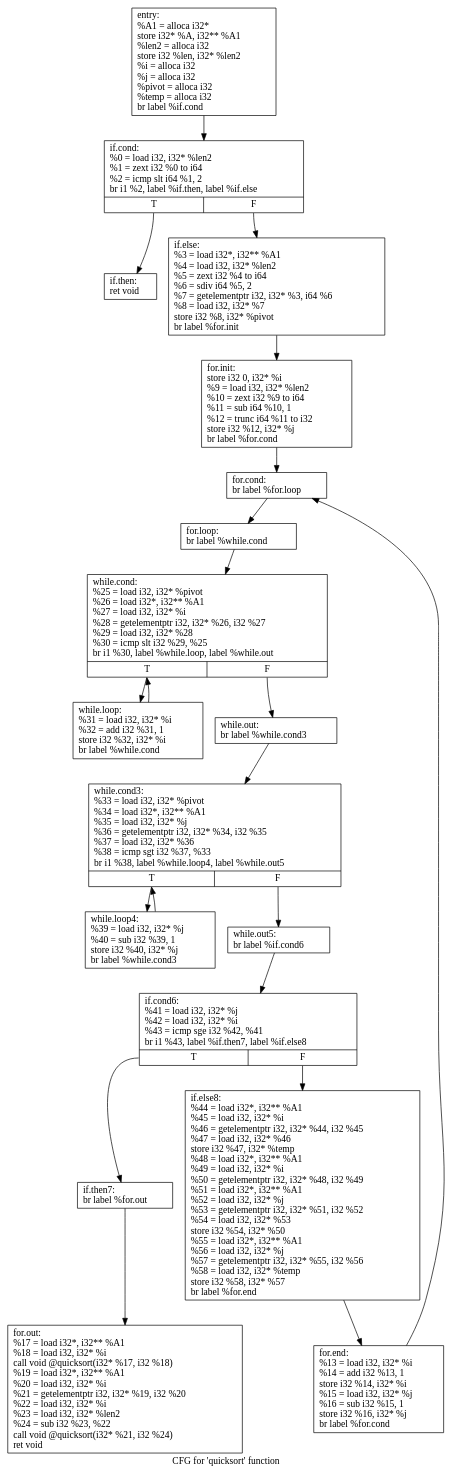
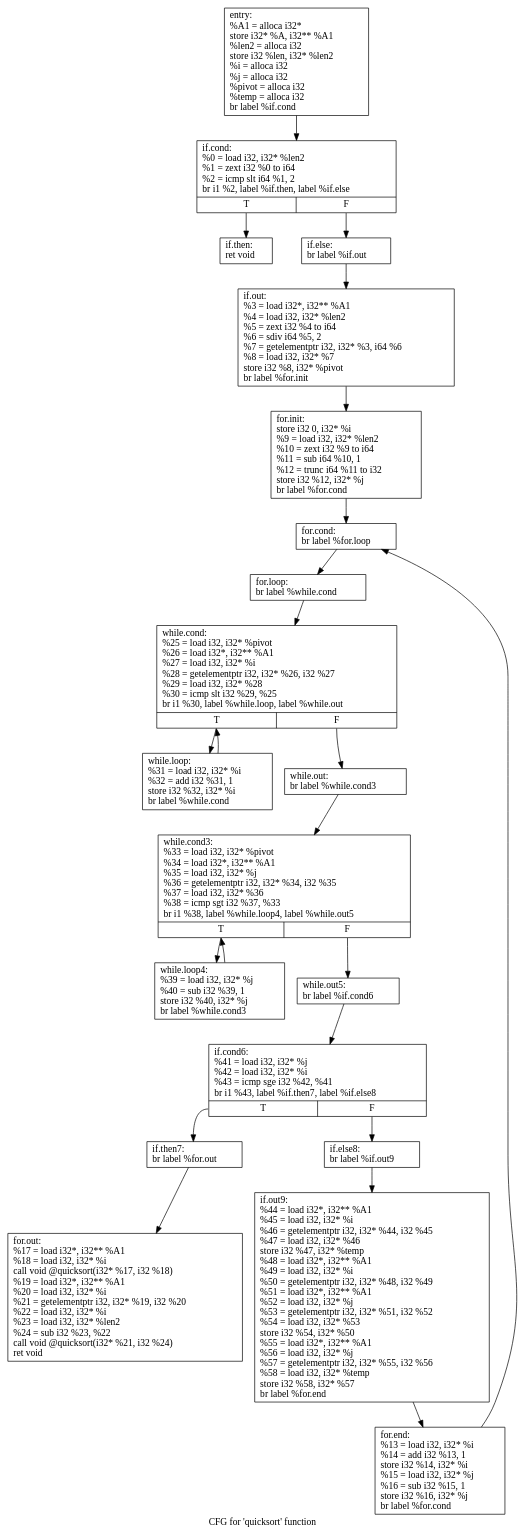
One commit to Esifiel/compiler changed the diagram in src/tmp/.quicksort.dot. Above: the diagram before and after it, drawn with Graphviz. The commit also changed 25 other files, not shown here.

```diff
--- a/src/tmp/.quicksort.dot
+++ b/src/tmp/.quicksort.dot
@@ -1,42 +1,46 @@
 digraph "CFG for 'quicksort' function" {
 	label="CFG for 'quicksort' function";
 
-	Node0x105c1e0 [shape=record,label="{entry:\l  %A1 = alloca i32*\l  store i32* %A, i32** %A1\l  %len2 = alloca i32\l  store i32 %len, i32* %len2\l  %i = alloca i32\l  %j = alloca i32\l  %pivot = alloca i32\l  %temp = alloca i32\l  br label %if.cond\l}"];
-	Node0x105c1e0 -> Node0x105cc70;
-	Node0x105cc70 [shape=record,label="{if.cond:                                          \l  %0 = load i32, i32* %len2\l  %1 = zext i32 %0 to i64\l  %2 = icmp slt i64 %1, 2\l  br i1 %2, label %if.then, label %if.else\l|{<s0>T|<s1>F}}"];
-	Node0x105cc70:s0 -> Node0x105cf10;
-	Node0x105cc70:s1 -> Node0x105cfc0;
-	Node0x105cf10 [shape=record,label="{if.then:                                          \l  ret void\l}"];
-	Node0x105cfc0 [shape=record,label="{if.else:                                          \l  %3 = load i32*, i32** %A1\l  %4 = load i32, i32* %len2\l  %5 = zext i32 %4 to i64\l  %6 = sdiv i64 %5, 2\l  %7 = getelementptr i32, i32* %3, i64 %6\l  %8 = load i32, i32* %7\l  store i32 %8, i32* %pivot\l  br label %for.init\l}"];
-	Node0x105cfc0 -> Node0x105d0b0;
-	Node0x105d0b0 [shape=record,label="{for.init:                                         \l  store i32 0, i32* %i\l  %9 = load i32, i32* %len2\l  %10 = zext i32 %9 to i64\l  %11 = sub i64 %10, 1\l  %12 = trunc i64 %11 to i32\l  store i32 %12, i32* %j\l  br label %for.cond\l}"];
-	Node0x105d0b0 -> Node0x105d820;
-	Node0x105d820 [shape=record,label="{for.cond:                                         \l  br label %for.loop\l}"];
-	Node0x105d820 -> Node0x105d960;
-	Node0x105d960 [shape=record,label="{for.loop:                                         \l  br label %while.cond\l}"];
-	Node0x105d960 -> Node0x105da40;
-	Node0x105db20 [shape=record,label="{for.end:                                          \l  %13 = load i32, i32* %i\l  %14 = add i32 %13, 1\l  store i32 %14, i32* %i\l  %15 = load i32, i32* %j\l  %16 = sub i32 %15, 1\l  store i32 %16, i32* %j\l  br label %for.cond\l}"];
-	Node0x105db20 -> Node0x105d820;
-	Node0x105de90 [shape=record,label="{for.out:                                          \l  %17 = load i32*, i32** %A1\l  %18 = load i32, i32* %i\l  call void @quicksort(i32* %17, i32 %18)\l  %19 = load i32*, i32** %A1\l  %20 = load i32, i32* %i\l  %21 = getelementptr i32, i32* %19, i32 %20\l  %22 = load i32, i32* %i\l  %23 = load i32, i32* %len2\l  %24 = sub i32 %23, %22\l  call void @quicksort(i32* %21, i32 %24)\l  ret void\l}"];
-	Node0x105da40 [shape=record,label="{while.cond:                                       \l  %25 = load i32, i32* %pivot\l  %26 = load i32*, i32** %A1\l  %27 = load i32, i32* %i\l  %28 = getelementptr i32, i32* %26, i32 %27\l  %29 = load i32, i32* %28\l  %30 = icmp slt i32 %29, %25\l  br i1 %30, label %while.loop, label %while.out\l|{<s0>T|<s1>F}}"];
-	Node0x105da40:s0 -> Node0x105e6a0;
-	Node0x105da40:s1 -> Node0x105e780;
-	Node0x105e6a0 [shape=record,label="{while.loop:                                       \l  %31 = load i32, i32* %i\l  %32 = add i32 %31, 1\l  store i32 %32, i32* %i\l  br label %while.cond\l}"];
-	Node0x105e6a0 -> Node0x105da40;
-	Node0x105e780 [shape=record,label="{while.out:                                        \l  br label %while.cond3\l}"];
-	Node0x105e780 -> Node0x105ebc0;
-	Node0x105ebc0 [shape=record,label="{while.cond3:                                      \l  %33 = load i32, i32* %pivot\l  %34 = load i32*, i32** %A1\l  %35 = load i32, i32* %j\l  %36 = getelementptr i32, i32* %34, i32 %35\l  %37 = load i32, i32* %36\l  %38 = icmp sgt i32 %37, %33\l  br i1 %38, label %while.loop4, label %while.out5\l|{<s0>T|<s1>F}}"];
-	Node0x105ebc0:s0 -> Node0x105eeb0;
-	Node0x105ebc0:s1 -> Node0x105ef90;
-	Node0x105eeb0 [shape=record,label="{while.loop4:                                      \l  %39 = load i32, i32* %j\l  %40 = sub i32 %39, 1\l  store i32 %40, i32* %j\l  br label %while.cond3\l}"];
-	Node0x105eeb0 -> Node0x105ebc0;
-	Node0x105ef90 [shape=record,label="{while.out5:                                       \l  br label %if.cond6\l}"];
-	Node0x105ef90 -> Node0x105f1c0;
-	Node0x105f1c0 [shape=record,label="{if.cond6:                                         \l  %41 = load i32, i32* %j\l  %42 = load i32, i32* %i\l  %43 = icmp sge i32 %42, %41\l  br i1 %43, label %if.then7, label %if.else8\l|{<s0>T|<s1>F}}"];
-	Node0x105f1c0:s0 -> Node0x105f370;
-	Node0x105f1c0:s1 -> Node0x105f770;
-	Node0x105f370 [shape=record,label="{if.then7:                                         \l  br label %for.out\l}"];
-	Node0x105f370 -> Node0x105de90;
-	Node0x105f770 [shape=record,label="{if.else8:                                         \l  %44 = load i32*, i32** %A1\l  %45 = load i32, i32* %i\l  %46 = getelementptr i32, i32* %44, i32 %45\l  %47 = load i32, i32* %46\l  store i32 %47, i32* %temp\l  %48 = load i32*, i32** %A1\l  %49 = load i32, i32* %i\l  %50 = getelementptr i32, i32* %48, i32 %49\l  %51 = load i32*, i32** %A1\l  %52 = load i32, i32* %j\l  %53 = getelementptr i32, i32* %51, i32 %52\l  %54 = load i32, i32* %53\l  store i32 %54, i32* %50\l  %55 = load i32*, i32** %A1\l  %56 = load i32, i32* %j\l  %57 = getelementptr i32, i32* %55, i32 %56\l  %58 = load i32, i32* %temp\l  store i32 %58, i32* %57\l  br label %for.end\l}"];
-	Node0x105f770 -> Node0x105db20;
+	Node0x11cb290 [shape=record,label="{entry:\l  %A1 = alloca i32*\l  store i32* %A, i32** %A1\l  %len2 = alloca i32\l  store i32 %len, i32* %len2\l  %i = alloca i32\l  %j = alloca i32\l  %pivot = alloca i32\l  %temp = alloca i32\l  br label %if.cond\l}"];
+	Node0x11cb290 -> Node0x11cbd20;
+	Node0x11cbd20 [shape=record,label="{if.cond:                                          \l  %0 = load i32, i32* %len2\l  %1 = zext i32 %0 to i64\l  %2 = icmp slt i64 %1, 2\l  br i1 %2, label %if.then, label %if.else\l|{<s0>T|<s1>F}}"];
+	Node0x11cbd20:s0 -> Node0x11cbfc0;
+	Node0x11cbd20:s1 -> Node0x11cc070;
+	Node0x11cbfc0 [shape=record,label="{if.then:                                          \l  ret void\l}"];
+	Node0x11cc070 [shape=record,label="{if.else:                                          \l  br label %if.out\l}"];
+	Node0x11cc070 -> Node0x11cc160;
+	Node0x11cc160 [shape=record,label="{if.out:                                           \l  %3 = load i32*, i32** %A1\l  %4 = load i32, i32* %len2\l  %5 = zext i32 %4 to i64\l  %6 = sdiv i64 %5, 2\l  %7 = getelementptr i32, i32* %3, i64 %6\l  %8 = load i32, i32* %7\l  store i32 %8, i32* %pivot\l  br label %for.init\l}"];
+	Node0x11cc160 -> Node0x11cc3d0;
+	Node0x11cc3d0 [shape=record,label="{for.init:                                         \l  store i32 0, i32* %i\l  %9 = load i32, i32* %len2\l  %10 = zext i32 %9 to i64\l  %11 = sub i64 %10, 1\l  %12 = trunc i64 %11 to i32\l  store i32 %12, i32* %j\l  br label %for.cond\l}"];
+	Node0x11cc3d0 -> Node0x11cc9a0;
+	Node0x11cc9a0 [shape=record,label="{for.cond:                                         \l  br label %for.loop\l}"];
+	Node0x11cc9a0 -> Node0x11ccae0;
+	Node0x11ccae0 [shape=record,label="{for.loop:                                         \l  br label %while.cond\l}"];
+	Node0x11ccae0 -> Node0x11ccbc0;
+	Node0x11ccca0 [shape=record,label="{for.end:                                          \l  %13 = load i32, i32* %i\l  %14 = add i32 %13, 1\l  store i32 %14, i32* %i\l  %15 = load i32, i32* %j\l  %16 = sub i32 %15, 1\l  store i32 %16, i32* %j\l  br label %for.cond\l}"];
+	Node0x11ccca0 -> Node0x11cc9a0;
+	Node0x11cd010 [shape=record,label="{for.out:                                          \l  %17 = load i32*, i32** %A1\l  %18 = load i32, i32* %i\l  call void @quicksort(i32* %17, i32 %18)\l  %19 = load i32*, i32** %A1\l  %20 = load i32, i32* %i\l  %21 = getelementptr i32, i32* %19, i32 %20\l  %22 = load i32, i32* %i\l  %23 = load i32, i32* %len2\l  %24 = sub i32 %23, %22\l  call void @quicksort(i32* %21, i32 %24)\l  ret void\l}"];
+	Node0x11ccbc0 [shape=record,label="{while.cond:                                       \l  %25 = load i32, i32* %pivot\l  %26 = load i32*, i32** %A1\l  %27 = load i32, i32* %i\l  %28 = getelementptr i32, i32* %26, i32 %27\l  %29 = load i32, i32* %28\l  %30 = icmp slt i32 %29, %25\l  br i1 %30, label %while.loop, label %while.out\l|{<s0>T|<s1>F}}"];
+	Node0x11ccbc0:s0 -> Node0x11cd820;
+	Node0x11ccbc0:s1 -> Node0x11cd900;
+	Node0x11cd820 [shape=record,label="{while.loop:                                       \l  %31 = load i32, i32* %i\l  %32 = add i32 %31, 1\l  store i32 %32, i32* %i\l  br label %while.cond\l}"];
+	Node0x11cd820 -> Node0x11ccbc0;
+	Node0x11cd900 [shape=record,label="{while.out:                                        \l  br label %while.cond3\l}"];
+	Node0x11cd900 -> Node0x11cdd40;
+	Node0x11cdd40 [shape=record,label="{while.cond3:                                      \l  %33 = load i32, i32* %pivot\l  %34 = load i32*, i32** %A1\l  %35 = load i32, i32* %j\l  %36 = getelementptr i32, i32* %34, i32 %35\l  %37 = load i32, i32* %36\l  %38 = icmp sgt i32 %37, %33\l  br i1 %38, label %while.loop4, label %while.out5\l|{<s0>T|<s1>F}}"];
+	Node0x11cdd40:s0 -> Node0x11ce030;
+	Node0x11cdd40:s1 -> Node0x11ce110;
+	Node0x11ce030 [shape=record,label="{while.loop4:                                      \l  %39 = load i32, i32* %j\l  %40 = sub i32 %39, 1\l  store i32 %40, i32* %j\l  br label %while.cond3\l}"];
+	Node0x11ce030 -> Node0x11cdd40;
+	Node0x11ce110 [shape=record,label="{while.out5:                                       \l  br label %if.cond6\l}"];
+	Node0x11ce110 -> Node0x11ce340;
+	Node0x11ce340 [shape=record,label="{if.cond6:                                         \l  %41 = load i32, i32* %j\l  %42 = load i32, i32* %i\l  %43 = icmp sge i32 %42, %41\l  br i1 %43, label %if.then7, label %if.else8\l|{<s0>T|<s1>F}}"];
+	Node0x11ce340:s0 -> Node0x11ce810;
+	Node0x11ce340:s1 -> Node0x11ce8f0;
+	Node0x11ce810 [shape=record,label="{if.then7:                                         \l  br label %for.out\l}"];
+	Node0x11ce810 -> Node0x11cd010;
+	Node0x11ce8f0 [shape=record,label="{if.else8:                                         \l  br label %if.out9\l}"];
+	Node0x11ce8f0 -> Node0x11cea60;
+	Node0x11cea60 [shape=record,label="{if.out9:                                          \l  %44 = load i32*, i32** %A1\l  %45 = load i32, i32* %i\l  %46 = getelementptr i32, i32* %44, i32 %45\l  %47 = load i32, i32* %46\l  store i32 %47, i32* %temp\l  %48 = load i32*, i32** %A1\l  %49 = load i32, i32* %i\l  %50 = getelementptr i32, i32* %48, i32 %49\l  %51 = load i32*, i32** %A1\l  %52 = load i32, i32* %j\l  %53 = getelementptr i32, i32* %51, i32 %52\l  %54 = load i32, i32* %53\l  store i32 %54, i32* %50\l  %55 = load i32*, i32** %A1\l  %56 = load i32, i32* %j\l  %57 = getelementptr i32, i32* %55, i32 %56\l  %58 = load i32, i32* %temp\l  store i32 %58, i32* %57\l  br label %for.end\l}"];
+	Node0x11cea60 -> Node0x11ccca0;
 }
```
